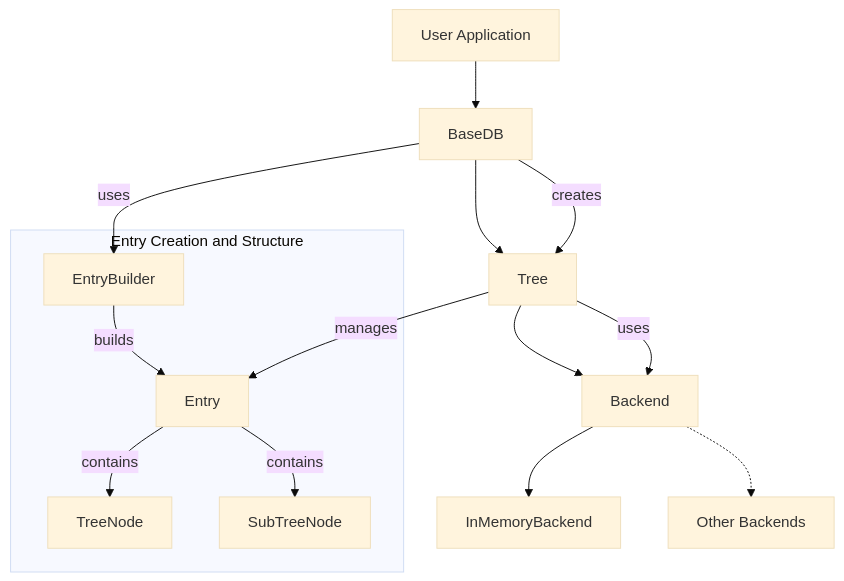
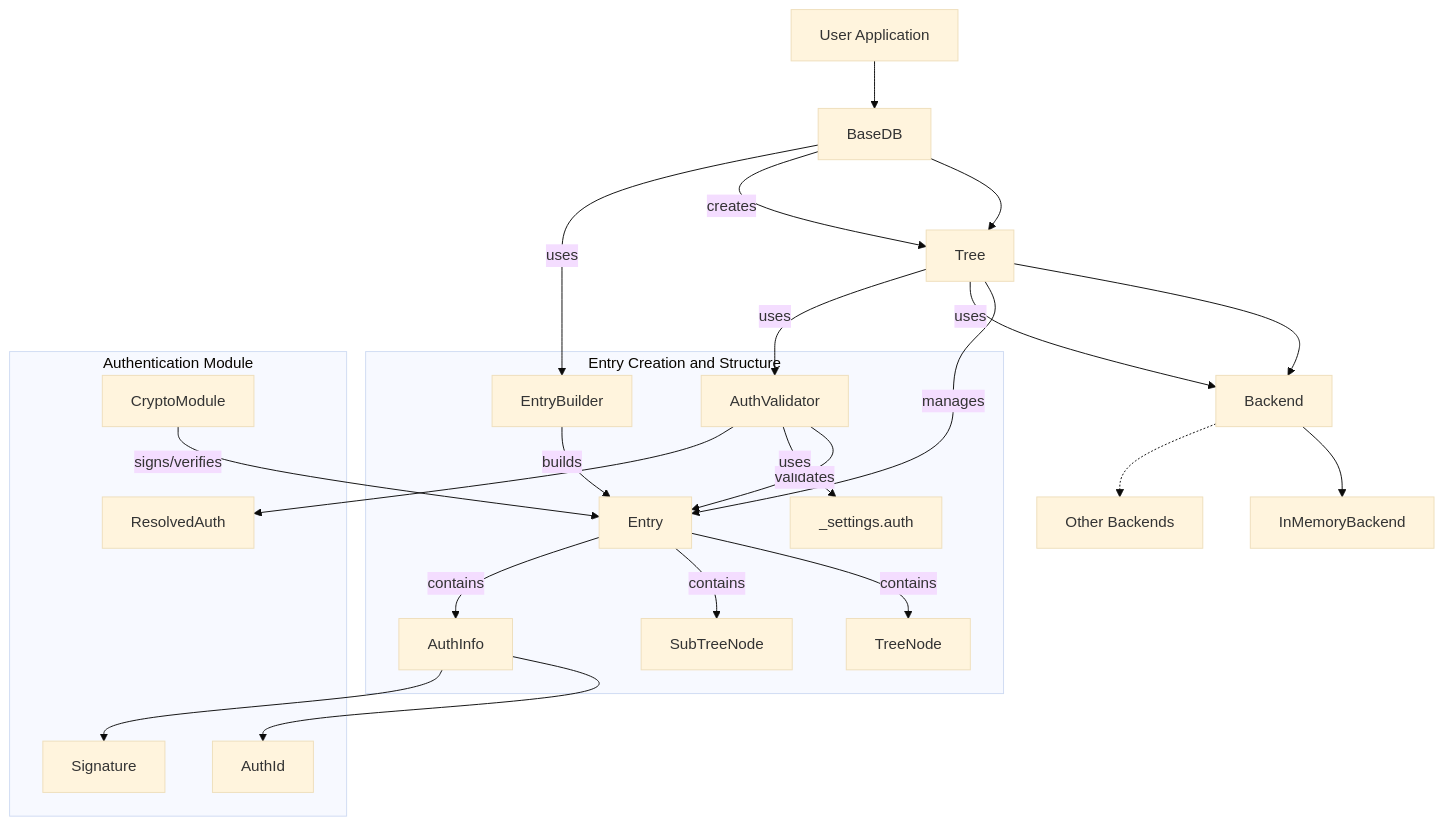
The diagram in docs/src/internal/index.md (arcuru/eidetica), drawn with Mermaid (base theme) before and after one commit. The commit also changed other lines of this file and 7 other files, not shown here.

````diff
--- a/docs/src/internal/index.md
+++ b/docs/src/internal/index.md
@@ -9,19 +9,30 @@
 ```mermaid
 graph TD
     A[User Application] --> B[BaseDB]
     B --> C[Tree]
     C --> E[Backend]
     E --> F[InMemoryBackend]
     E -.-> G[Other Backends]
 
     subgraph Entry Creation and Structure
         H[EntryBuilder] -- builds --> D[Entry]
         D -- contains --> I[TreeNode]
         D -- contains --> J[SubTreeNode]
+        D -- contains --> K[AuthInfo]
+        L[AuthValidator] -- validates --> D
+        L -- uses --> M[_settings.auth]
+    end
+
+    subgraph Authentication Module
+        K --> N[AuthId]
+        K --> O[Signature]
+        L --> P[ResolvedAuth]
+        Q[CryptoModule] -- signs/verifies --> D
     end
 
     B -- creates --> C
     C -- manages --> D
     B -- uses --> H
     C -- uses --> E
+    C -- uses --> L
 ```
````
